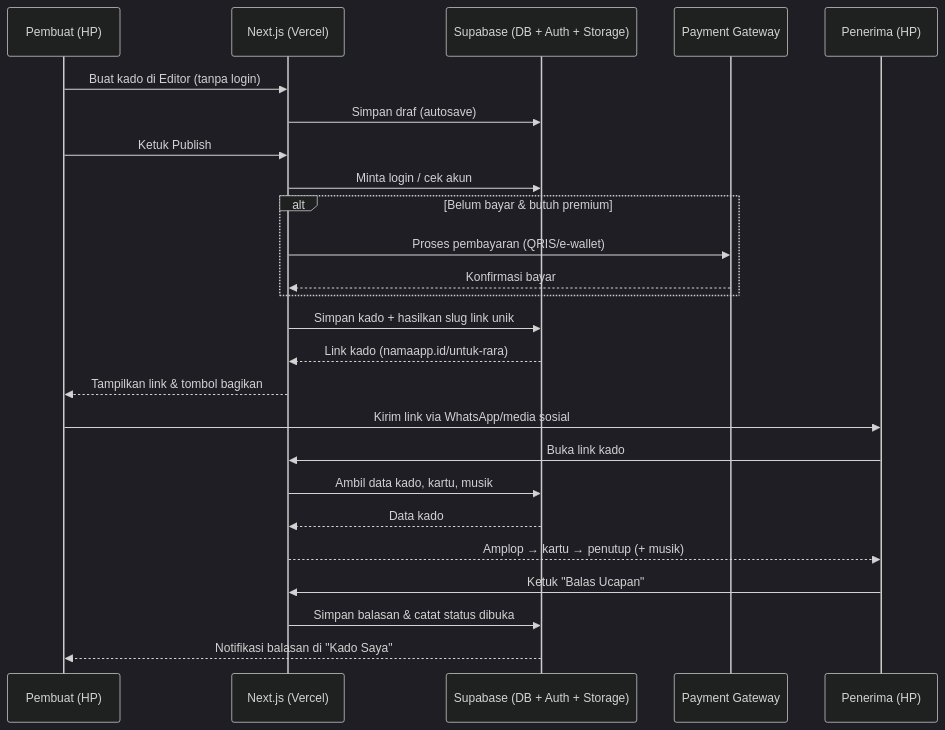
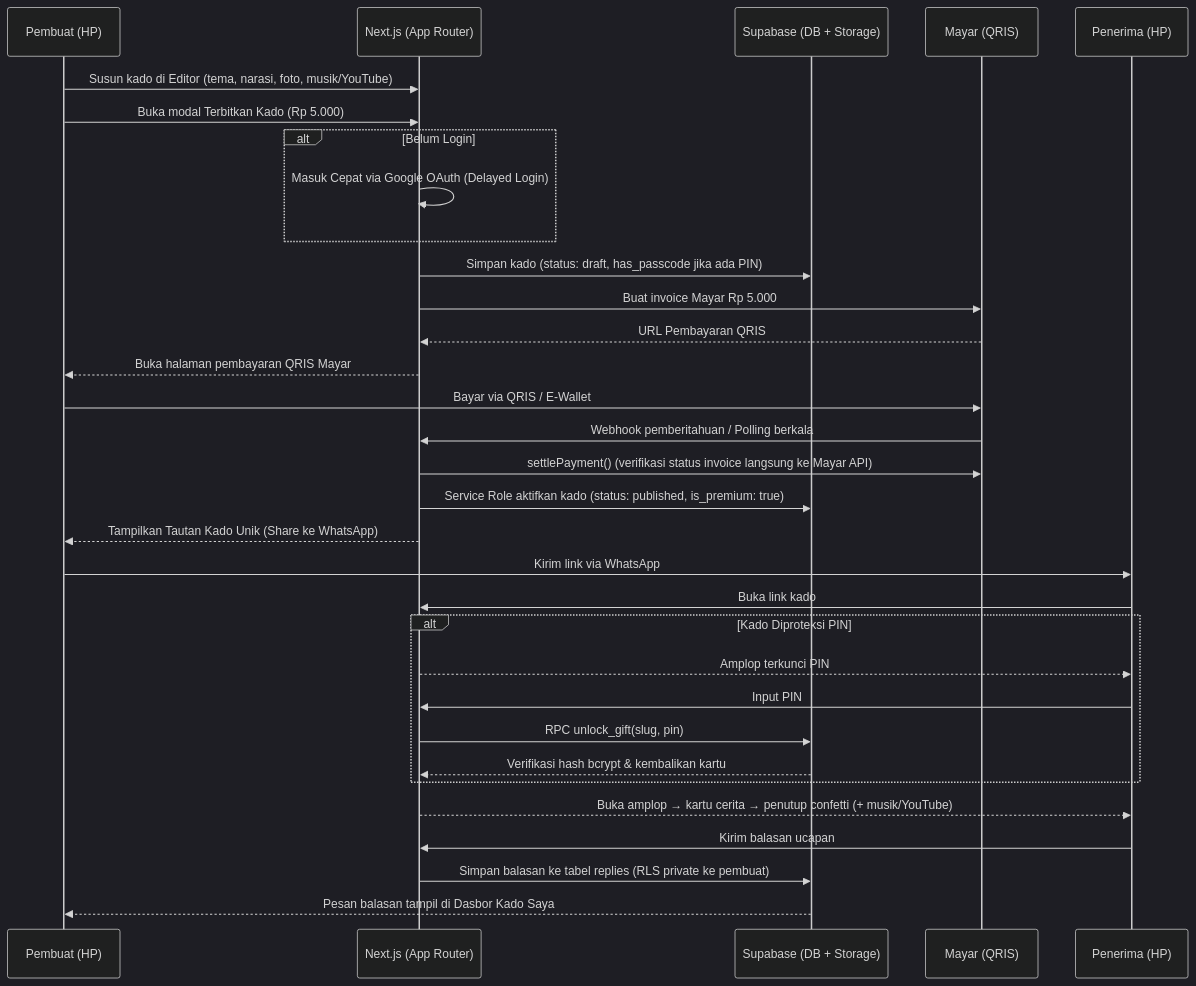
One commit to ruhulikram/bacakado changed the first of 2 diagrams in kado-ucapan-digital-PRD.md. Above: the diagram before and after it, drawn with Mermaid (dark theme). The commit also changed other lines of this file and 18 other files, not shown here.

Commit message:
feat: update harga Rp 5rb, integrasi musik YouTube, security hardening PIN & Mayar, dan dokumentasi PRD & memory.md

````diff
--- a/kado-ucapan-digital-PRD.md
+++ b/kado-ucapan-digital-PRD.md
@@ -128,28 +128,35 @@
 ```mermaid
 sequenceDiagram
     participant P as Pembuat (HP)
-    participant FE as Next.js (Vercel)
-    participant SB as Supabase (DB + Auth + Storage)
-    participant PG as Payment Gateway
+    participant FE as Next.js (App Router)
+    participant SB as Supabase (DB + Storage)
+    participant MY as Mayar (QRIS)
     participant R as Penerima (HP)
 
-    P->>FE: Buat kado di Editor (tanpa login)
-    FE->>SB: Simpan draf (autosave)
-    P->>FE: Ketuk Publish
-    FE->>SB: Minta login / cek akun
-    alt Belum bayar & butuh premium
-        FE->>PG: Proses pembayaran (QRIS/e-wallet)
-        PG-->>FE: Konfirmasi bayar
+    P->>FE: Susun kado di Editor (tema, narasi, foto, musik/YouTube)
+    P->>FE: Buka modal Terbitkan Kado (Rp 5.000)
+    alt Belum Login
+        FE->>FE: Masuk Cepat via Google OAuth (Delayed Login)
     end
-    FE->>SB: Simpan kado + hasilkan slug link unik
-    SB-->>FE: Link kado (namaapp.id/untuk-rara)
-    FE-->>P: Tampilkan link & tombol bagikan
-    P->>R: Kirim link via WhatsApp/media sosial
+    FE->>SB: Simpan kado (status: draft, has_passcode jika ada PIN)
+    FE->>MY: Buat invoice Mayar Rp 5.000
+    MY-->>FE: URL Pembayaran QRIS
+    FE-->>P: Buka halaman pembayaran QRIS Mayar
+    P->>MY: Bayar via QRIS / E-Wallet
+    MY->>FE: Webhook pemberitahuan / Polling berkala
+    FE->>MY: settlePayment() (verifikasi status invoice langsung ke Mayar API)
+    FE->>SB: Service Role aktifkan kado (status: published, is_premium: true)
+    FE-->>P: Tampilkan Tautan Kado Unik (Share ke WhatsApp)
+    P->>R: Kirim link via WhatsApp
     R->>FE: Buka link kado
-    FE->>SB: Ambil data kado, kartu, musik
-    SB-->>FE: Data kado
-    FE-->>R: Amplop → kartu → penutup (+ musik)
-    R->>FE: Ketuk "Balas Ucapan"
-    FE->>SB: Simpan balasan & catat status dibuka
-    SB-->>P: Notifikasi balasan di "Kado Saya"
+    alt Kado Diproteksi PIN
+        FE-->>R: Amplop terkunci PIN
+        R->>FE: Input PIN
+        FE->>SB: RPC unlock_gift(slug, pin)
+        SB-->>FE: Verifikasi hash bcrypt & kembalikan kartu
+    end
+    FE-->>R: Buka amplop → kartu cerita → penutup confetti (+ musik/YouTube)
+    R->>FE: Kirim balasan ucapan
+    FE->>SB: Simpan balasan ke tabel replies (RLS private ke pembuat)
+    SB-->>P: Pesan balasan tampil di Dasbor Kado Saya
 ```
````
